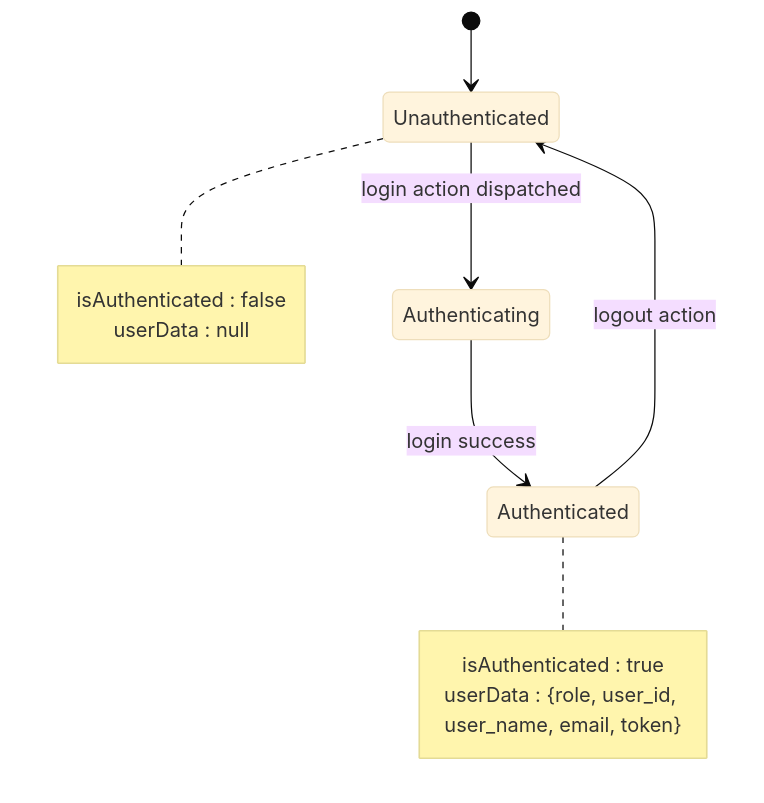
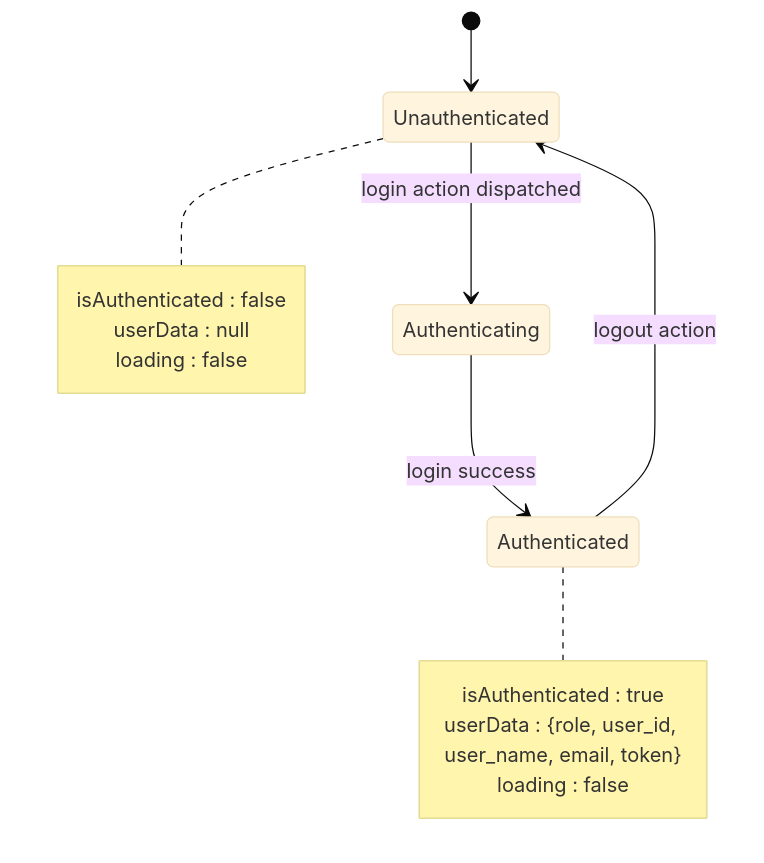
The sixth of 13 diagrams in .qoder/repowiki/en/content/Authentication & Authorization/Login Page Implementation.md (Aryan9060/Timetable-Project), drawn with Mermaid (base theme) before and after one commit. The commit also changed other lines of this file and 7 other files, not shown here.

````diff
--- a/.qoder/repowiki/en/content/Authentication & Authorization/Login Page Implementation.md
+++ b/.qoder/repowiki/en/content/Authentication & Authorization/Login Page Implementation.md
@@ -272,15 +281,17 @@
 ```mermaid
 stateDiagram-v2
 [*] --> Unauthenticated
 Unauthenticated --> Authenticating : login action dispatched
 Authenticating --> Authenticated : login success
 Authenticated --> Unauthenticated : logout action
 note right of Unauthenticated
 isAuthenticated : false
 userData : null
+loading : false
 end note
 note right of Authenticated
 isAuthenticated : true
 userData : {role, user_id, user_name, email, token}
+loading : false
 end note
 ```
````
